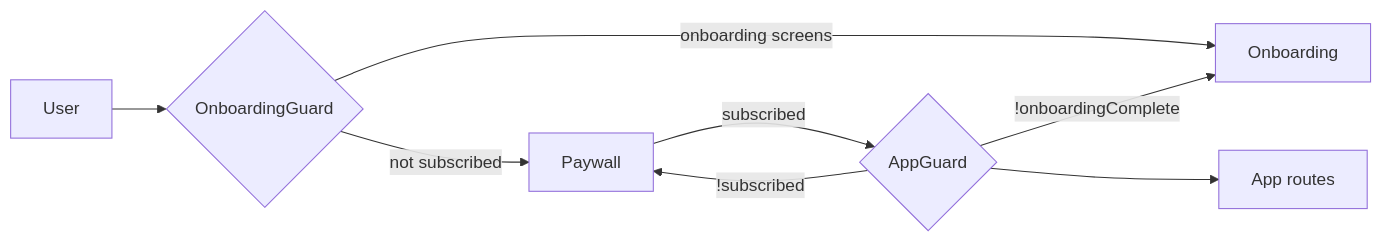
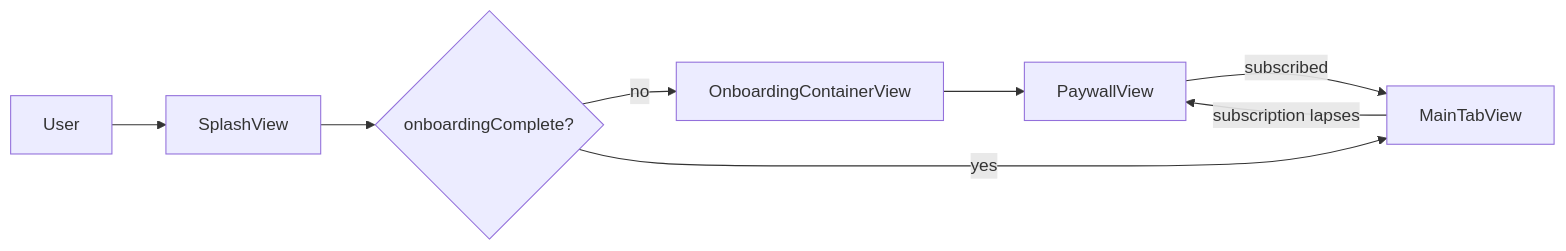
One commit to schatrath100/lumyn changed the second of 2 diagrams in plot.md. Above: the diagram before and after it, drawn with Mermaid. The commit also changed other lines of this file and 22 other files, not shown here.

````diff
--- a/plot.md
+++ b/plot.md
@@ -99,10 +98,10 @@
 ```mermaid
 flowchart LR
-  U[User] --> OG{OnboardingGuard}
-  OG -->|not subscribed| PG[Paywall]
-  OG -->|onboarding screens| OB[Onboarding]
-  PG -->|subscribed| AG{AppGuard}
-  AG -->|!subscribed| PG
-  AG -->|!onboardingComplete| OB
-  AG --> APP[App routes]
+  U[User] --> SPL[SplashView]
+  SPL --> OB{onboardingComplete?}
+  OB -->|no| ONB[OnboardingContainerView]
+  ONB --> PW[PaywallView]
+  PW -->|subscribed| TABS[MainTabView]
+  OB -->|yes| TABS
+  TABS -->|subscription lapses| PW
 ```
````
